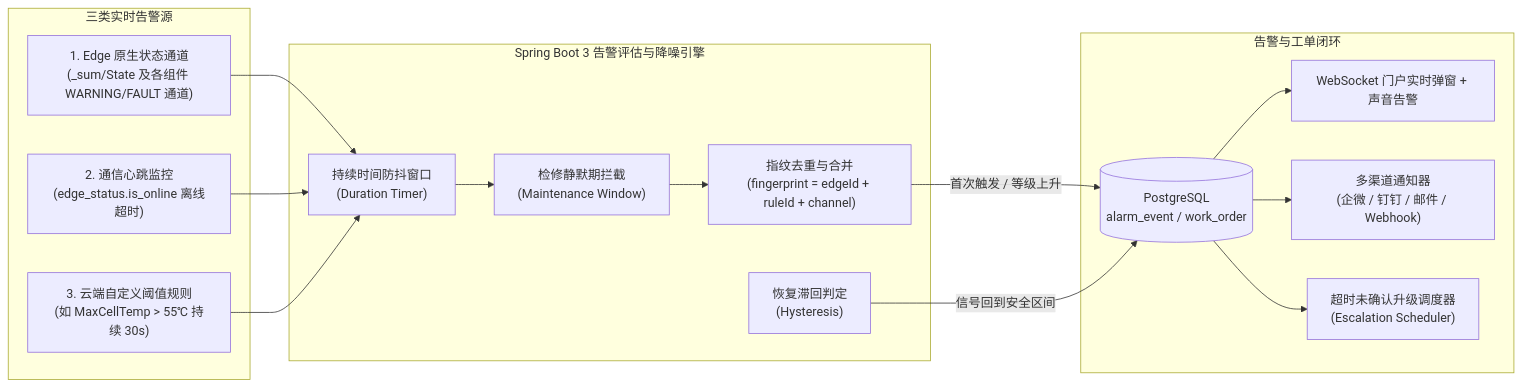
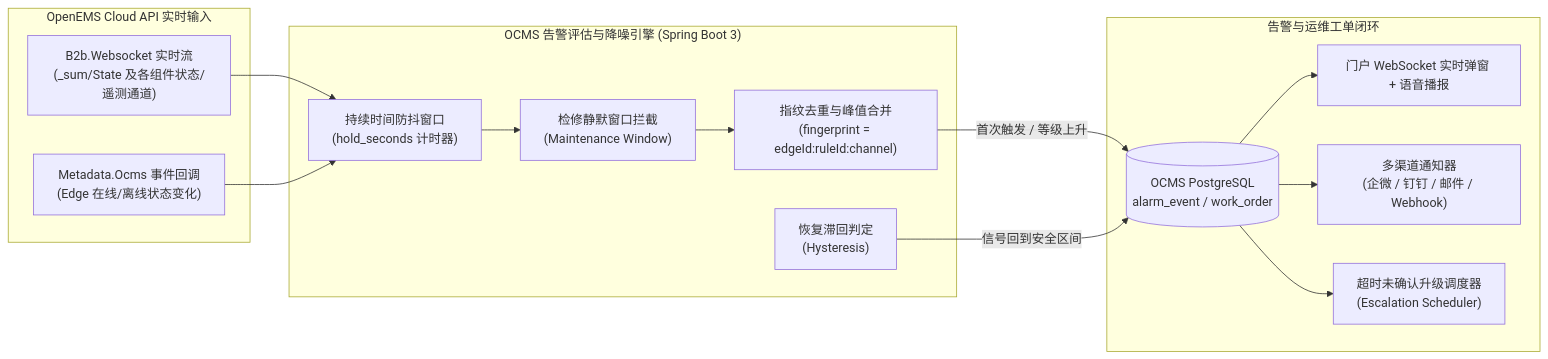
One commit to duanshuaimin/openems changed the third of 3 diagrams in openems_cloud_management_design.md. Above: the diagram before and after it, drawn with Mermaid. The commit also changed other lines of this file, not shown here.

Commit message:
docs: 升级 OCMS 为与 OpenEMS Cloud 分离部署及纯 API 集成架构方案

````diff
--- a/openems_cloud_management_design.md
+++ b/openems_cloud_management_design.md
@@ -132,27 +179,26 @@
 ```mermaid
 flowchart LR
-    subgraph Sources["三类实时告警源"]
-        S1["1. Edge 原生状态通道<br/>(_sum/State 及各组件 WARNING/FAULT 通道)"]
-        S2["2. 通信心跳监控<br/>(edge_status.is_online 离线超时)"]
-        S3["3. 云端自定义阈值规则<br/>(如 MaxCellTemp > 55℃ 持续 30s)"]
+    subgraph API_In["OpenEMS Cloud API 实时输入"]
+        S1["B2b.Websocket 实时流<br/>(_sum/State 及各组件状态/遥测通道)"]
+        S2["Metadata.Ocms 事件回调<br/>(Edge 在线/离线状态变化)"]
     end
 
-    subgraph Engine["Spring Boot 3 告警评估与降噪引擎"]
-        DEBOUNCE["持续时间防抖窗口<br/>(Duration Timer)"]
-        MAINT["检修静默期拦截<br/>(Maintenance Window)"]
-        DEDUP["指纹去重与合并<br/>(fingerprint = edgeId + ruleId + channel)"]
+    subgraph Engine["OCMS 告警评估与降噪引擎 (Spring Boot 3)"]
+        DEBOUNCE["持续时间防抖窗口<br/>(hold_seconds 计时器)"]
+        MAINT["检修静默窗口拦截<br/>(Maintenance Window)"]
+        DEDUP["指纹去重与峰值合并<br/>(fingerprint = edgeId:ruleId:channel)"]
         HYST["恢复滞回判定<br/>(Hysteresis)"]
     end
 
-    subgraph Lifecycle["告警与工单闭环"]
-        DB[("PostgreSQL<br/>alarm_event / work_order")]
-        WS["WebSocket 门户实时弹窗 + 声音告警"]
+    subgraph ClosedLoop["告警与运维工单闭环"]
+        DB[("OCMS PostgreSQL<br/>alarm_event / work_order")]
+        WS["门户 WebSocket 实时弹窗 + 语音播报"]
         NOTIFY["多渠道通知器<br/>(企微 / 钉钉 / 邮件 / Webhook)"]
         ESC["超时未确认升级调度器<br/>(Escalation Scheduler)"]
     end
 
-    S1 & S2 & S3 --> DEBOUNCE --> MAINT --> DEDUP
+    S1 & S2 --> DEBOUNCE --> MAINT --> DEDUP
     DEDUP -->|"首次触发 / 等级上升"| DB
     DB --> WS & NOTIFY & ESC
     HYST -->|"信号回到安全区间"| DB
 ```
````
